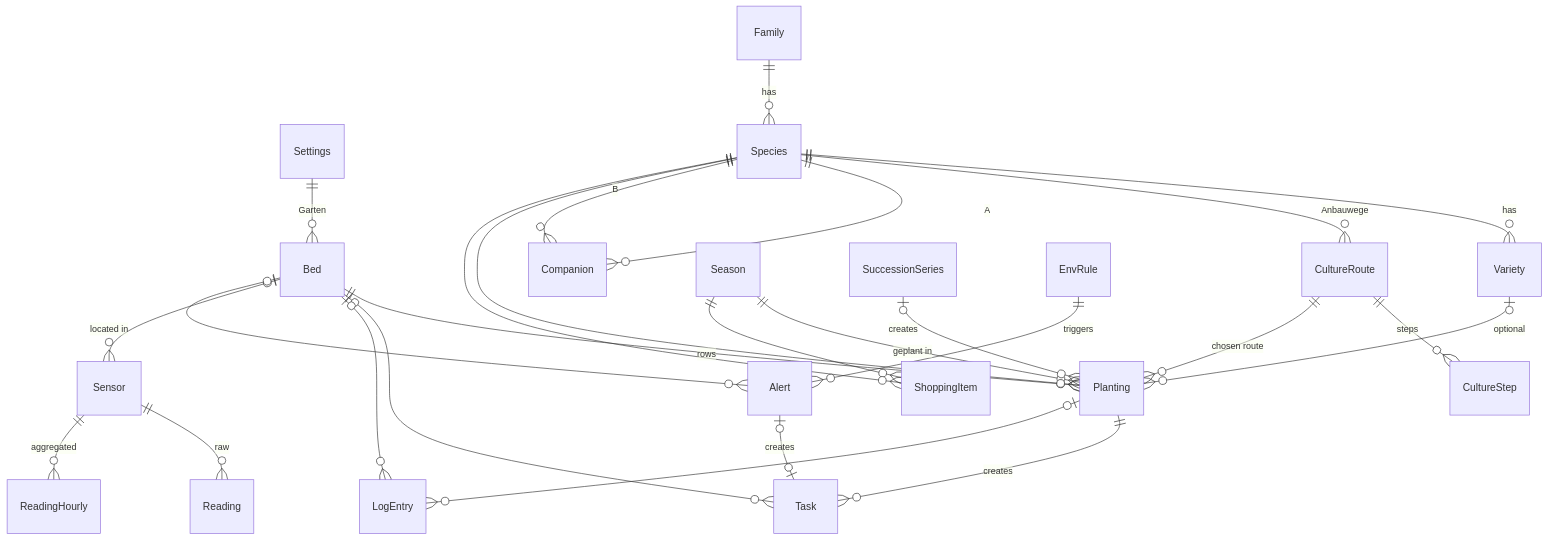
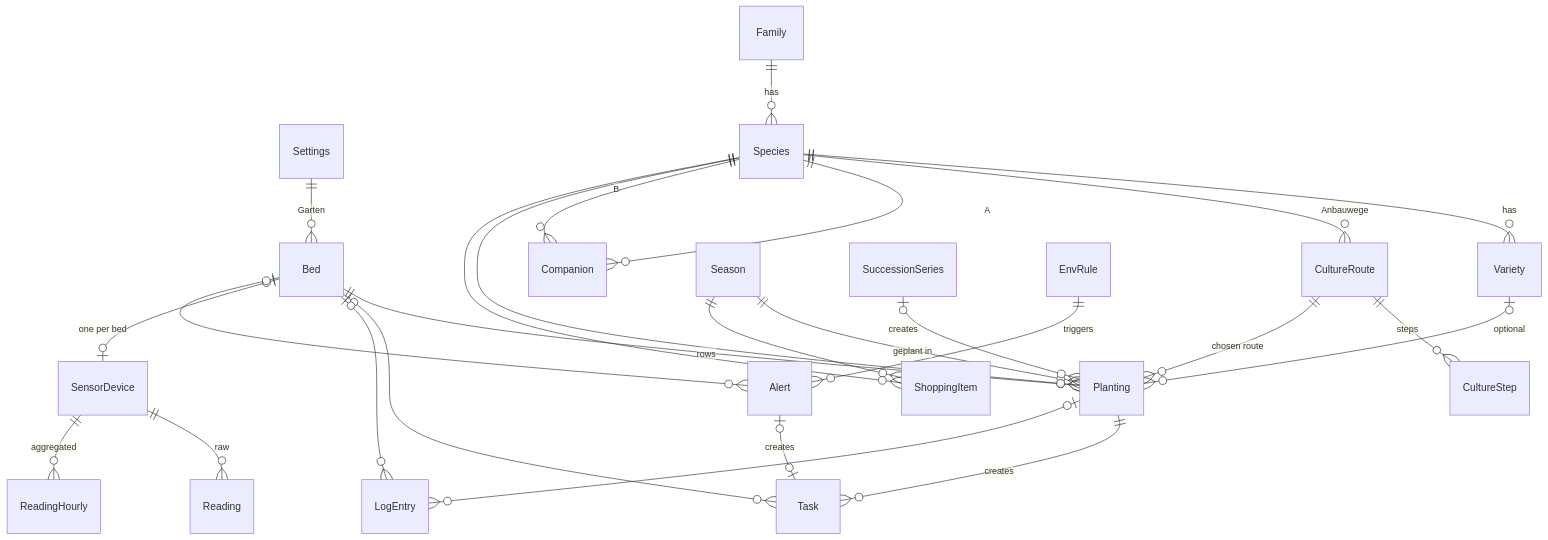
The diagram in docs/P0-Spezifikation.md (SeronEffect/Gardenplaner), drawn with Mermaid before and after one commit. The commit also changed other lines of this file and 29 other files, not shown here.

````diff
--- a/docs/P0-Spezifikation.md
+++ b/docs/P0-Spezifikation.md
@@ -52,28 +52,28 @@
 ```mermaid
 erDiagram
   Settings ||--o{ Bed : "Garten"
   Family ||--o{ Species : has
   Species ||--o{ Variety : has
   Species ||--o{ CultureRoute : "Anbauwege"
   CultureRoute ||--o{ CultureStep : steps
   Species ||--o{ Companion : "A"
   Species ||--o{ Companion : "B"
   Season ||--o{ Planting : "geplant in"
   Bed ||--o{ Planting : rows
   Species ||--o{ Planting : ""
   Variety |o--o{ Planting : optional
   CultureRoute ||--o{ Planting : "chosen route"
   SuccessionSeries |o--o{ Planting : creates
   Planting ||--o{ Task : creates
   Bed |o--o{ Task : ""
   Planting |o--o{ LogEntry : ""
   Bed |o--o{ LogEntry : ""
   Season ||--o{ ShoppingItem : ""
   Species ||--o{ ShoppingItem : ""
-  Bed |o--o{ Sensor : "located in"
-  Sensor ||--o{ Reading : raw
-  Sensor ||--o{ ReadingHourly : aggregated
+  Bed |o--o| SensorDevice : "one per bed"
+  SensorDevice ||--o{ Reading : raw
+  SensorDevice ||--o{ ReadingHourly : aggregated
   EnvRule ||--o{ Alert : triggers
   Alert |o--o| Task : creates
   Bed |o--o{ Alert : ""
 ```
````
